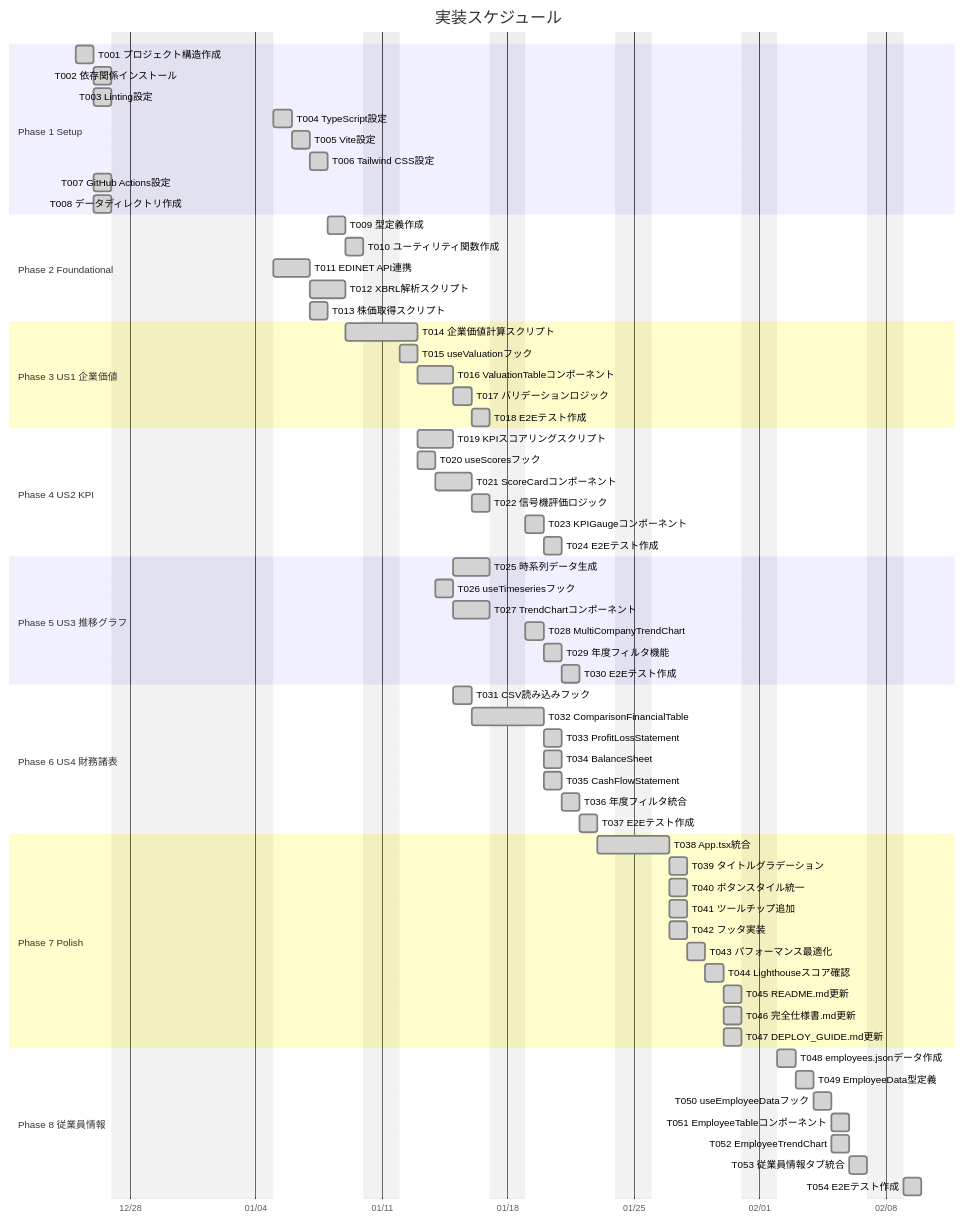
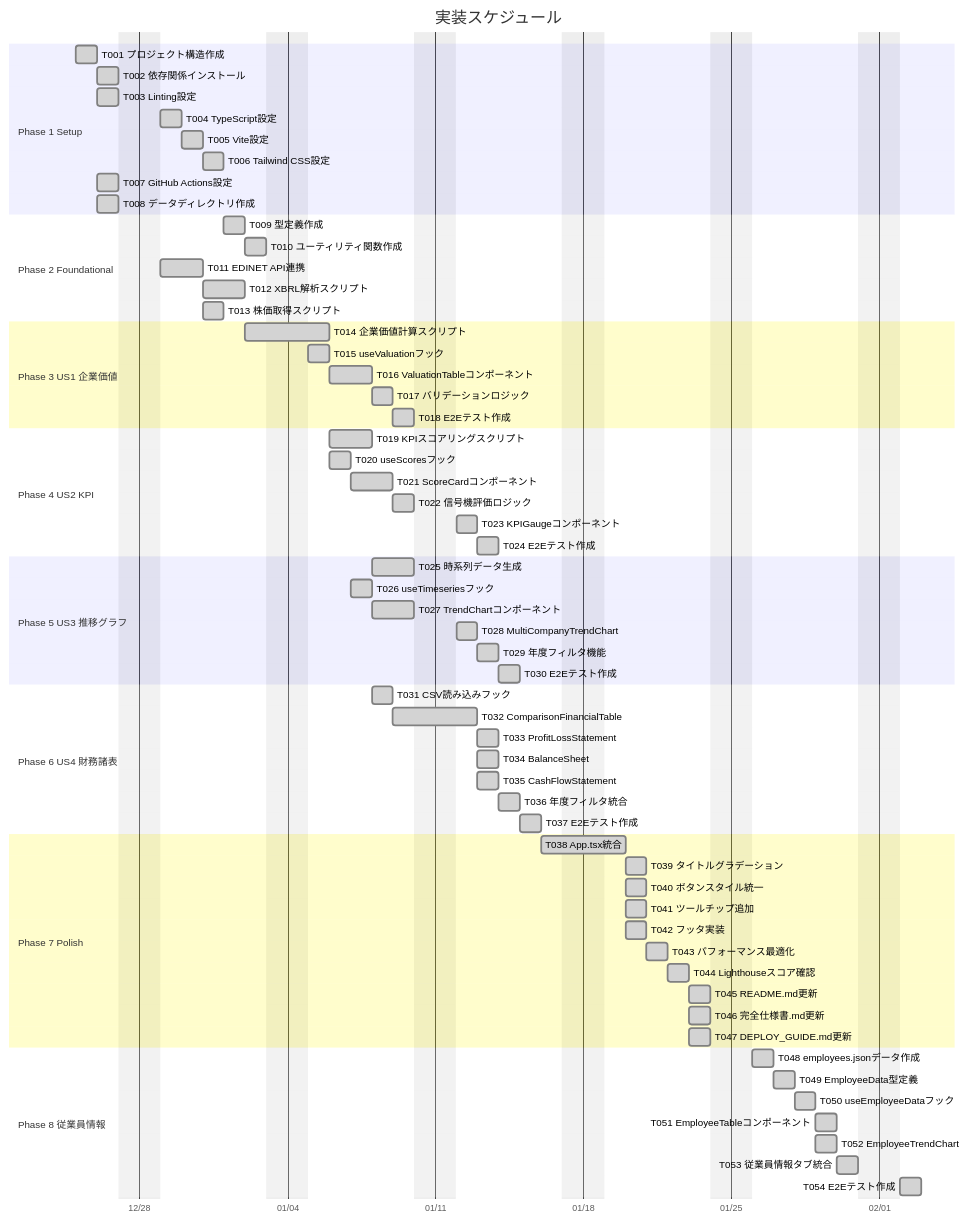
Before and after one commit to J1921604/ValueScope: the diagram in specs/001-ValueScope/tasks.md, drawn with Mermaid. The commit also changed 6 other files, not shown here.

````diff
--- a/specs/001-ValueScope/tasks.md
+++ b/specs/001-ValueScope/tasks.md
@@ -18,77 +18,77 @@
 ```mermaid
 gantt
     title 実装スケジュール
     dateFormat YYYY-MM-DD
     axisFormat %m/%d
-    excludes weekends 2025-12-27,2025-12-28,2025-12-29,2025-12-30,2025-12-31,2026-01-01,2026-01-02,2026-01-03,2026-01-04
+    excludes weekends
     
     section Phase 1 Setup
     T001 プロジェクト構造作成           :done, p1_t001, 2025-12-25, 1d
     T002 依存関係インストール           :done, p1_t002, after p1_t001, 1d
     T003 Linting設定                   :done, p1_t003, after p1_t001, 1d
     T004 TypeScript設定                :done, p1_t004, after p1_t002, 1d
     T005 Vite設定                      :done, p1_t005, after p1_t004, 1d
     T006 Tailwind CSS設定              :done, p1_t006, after p1_t005, 1d
     T007 GitHub Actions設定            :done, p1_t007, after p1_t001, 1d
     T008 データディレクトリ作成        :done, p1_t008, after p1_t001, 1d
     
     section Phase 2 Foundational
     T009 型定義作成                    :done, p2_t009, after p1_t006, 1d
     T010 ユーティリティ関数作成        :done, p2_t010, after p2_t009, 1d
     T011 EDINET API連携                :done, p2_t011, after p1_t008, 2d
     T012 XBRL解析スクリプト            :done, p2_t012, after p2_t011, 2d
     T013 株価取得スクリプト            :done, p2_t013, after p2_t011, 1d
     
     section Phase 3 US1 企業価値
     T014 企業価値計算スクリプト        :done, p3_t014, after p2_t012, 2d
     T015 useValuationフック            :done, p3_t015, after p2_t010, 1d
     T016 ValuationTableコンポーネント  :done, p3_t016, after p3_t015, 2d
     T017 バリデーションロジック        :done, p3_t017, after p3_t016, 1d
     T018 E2Eテスト作成                 :done, p3_t018, after p3_t017, 1d
     
     section Phase 4 US2 KPI
     T019 KPIスコアリングスクリプト     :done, p4_t019, after p3_t014, 2d
     T020 useScoresフック               :done, p4_t020, after p3_t015, 1d
     T021 ScoreCardコンポーネント       :done, p4_t021, after p4_t020, 2d
     T022 信号機評価ロジック            :done, p4_t022, after p4_t021, 1d
     T023 KPIGaugeコンポーネント        :done, p4_t023, after p4_t022, 1d
     T024 E2Eテスト作成                 :done, p4_t024, after p4_t023, 1d
     
     section Phase 5 US3 推移グラフ
     T025 時系列データ生成              :done, p5_t025, after p4_t019, 2d
     T026 useTimeseriesフック           :done, p5_t026, after p4_t020, 1d
     T027 TrendChartコンポーネント      :done, p5_t027, after p5_t026, 2d
     T028 MultiCompanyTrendChart        :done, p5_t028, after p5_t027, 1d
     T029 年度フィルタ機能              :done, p5_t029, after p5_t028, 1d
     T030 E2Eテスト作成                 :done, p5_t030, after p5_t029, 1d
     
     section Phase 6 US4 財務諸表
     T031 CSV読み込みフック             :done, p6_t031, after p5_t026, 1d
     T032 ComparisonFinancialTable      :done, p6_t032, after p6_t031, 2d
     T033 ProfitLossStatement           :done, p6_t033, after p6_t032, 1d
     T034 BalanceSheet                  :done, p6_t034, after p6_t032, 1d
     T035 CashFlowStatement             :done, p6_t035, after p6_t032, 1d
     T036 年度フィルタ統合              :done, p6_t036, after p6_t035, 1d
     T037 E2Eテスト作成                 :done, p6_t037, after p6_t036, 1d
     
     section Phase 7 Polish
     T038 App.tsx統合                   :done, p7_t038, after p6_t037, 2d
     T039 タイトルグラデーション        :done, p7_t039, after p7_t038, 1d
     T040 ボタンスタイル統一            :done, p7_t040, after p7_t038, 1d
     T041 ツールチップ追加              :done, p7_t041, after p7_t038, 1d
     T042 フッタ実装                    :done, p7_t042, after p7_t038, 1d
     T043 パフォーマンス最適化          :done, p7_t043, after p7_t042, 1d
     T044 Lighthouseスコア確認          :done, p7_t044, after p7_t043, 1d
     T045 README.md更新                 :done, p7_t045, after p7_t044, 1d
     T046 完全仕様書.md更新             :done, p7_t046, after p7_t044, 1d
     T047 DEPLOY_GUIDE.md更新           :done, p7_t047, after p7_t044, 1d
     
     section Phase 8 従業員情報
     T048 employees.jsonデータ作成      :done, p8_t048, after p7_t047, 1d
     T049 EmployeeData型定義            :done, p8_t049, after p8_t048, 1d
     T050 useEmployeeDataフック         :done, p8_t050, after p8_t049, 1d
     T051 EmployeeTableコンポーネント   :done, p8_t051, after p8_t050, 1d
     T052 EmployeeTrendChart            :done, p8_t052, after p8_t050, 1d
     T053 従業員情報タブ統合            :done, p8_t053, after p8_t052, 1d
     T054 E2Eテスト作成                 :done, p8_t054, after p8_t053, 1d
 ```
````
